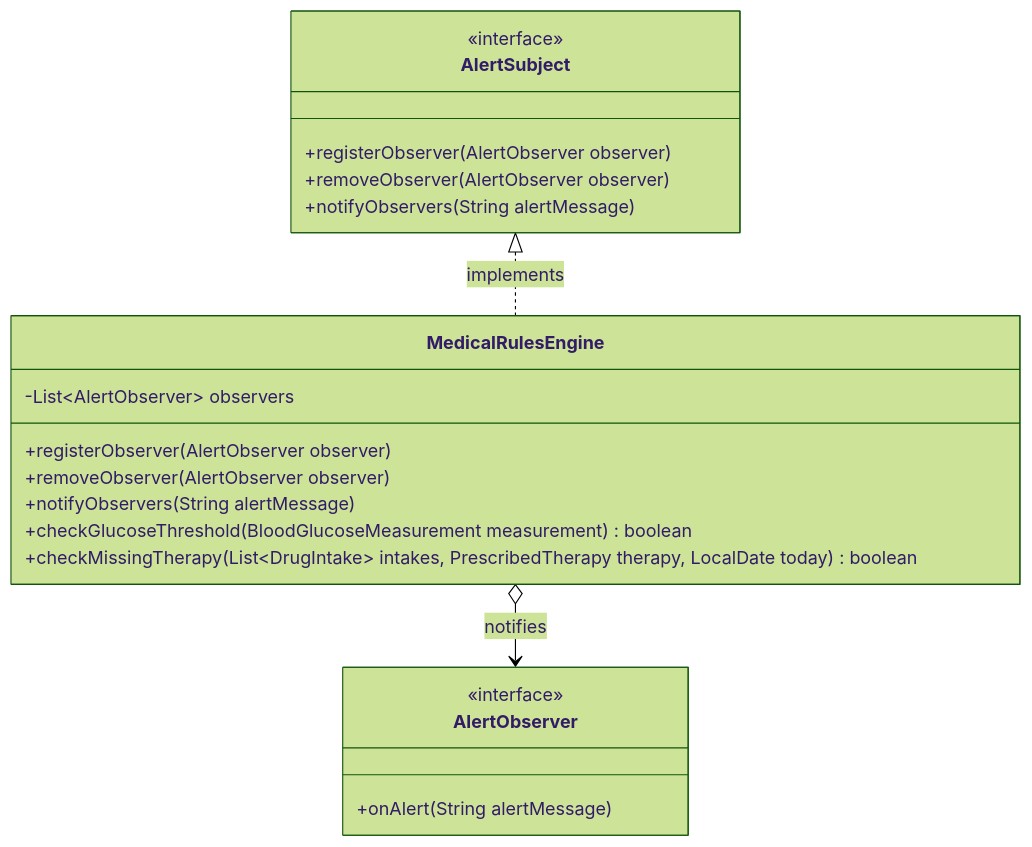
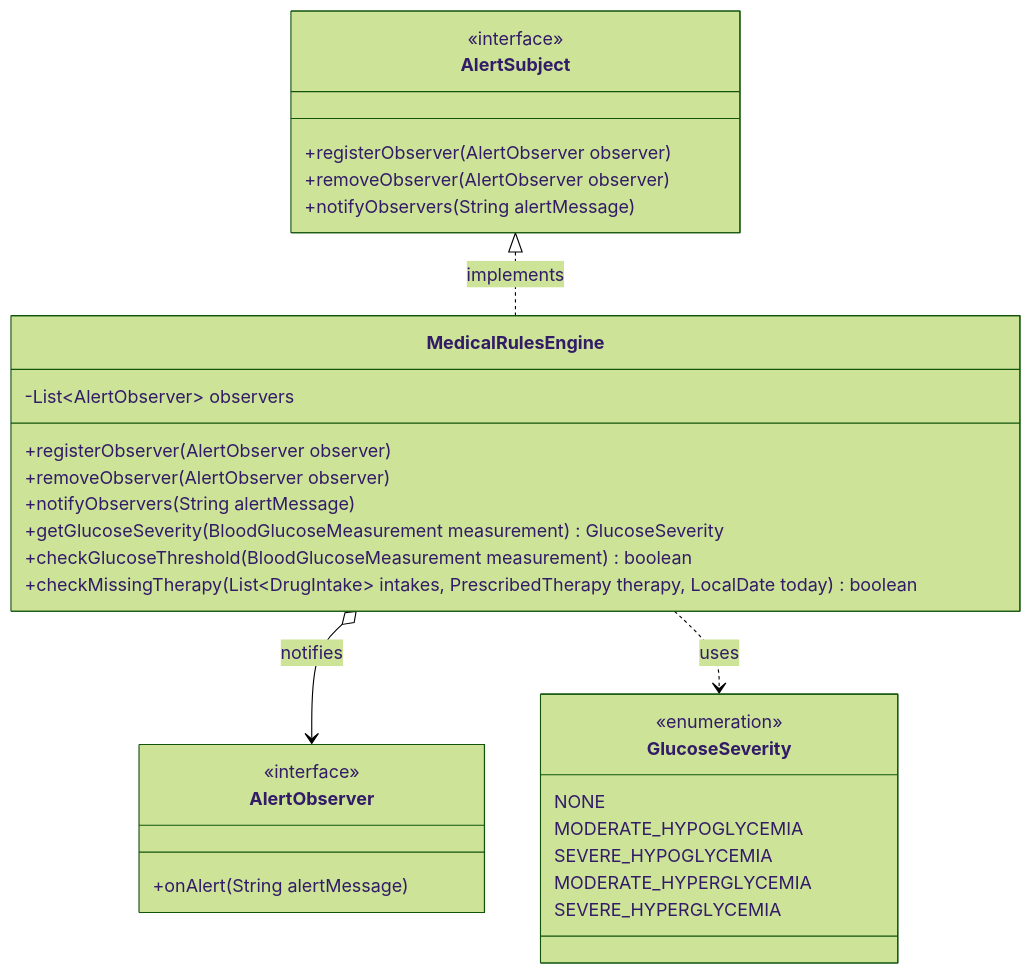
The eighth of 13 diagrams in documentation.md (SamueleOrazioDurante/telemedicina-ingegneria), drawn with Mermaid (forest theme) before and after one commit. The commit also changed other lines of this file and 4 other files, not shown here.

Commit message:
feat: implement granular blood glucose severity classification

````diff
--- a/documentation.md
+++ b/documentation.md
@@ -440,26 +440,37 @@
 ```mermaid
 classDiagram
     class AlertObserver {
         <<interface>>
         +onAlert(String alertMessage)
     }
 
     class AlertSubject {
         <<interface>>
         +registerObserver(AlertObserver observer)
         +removeObserver(AlertObserver observer)
         +notifyObservers(String alertMessage)
     }
 
+    class GlucoseSeverity {
+        <<enumeration>>
+        NONE
+        MODERATE_HYPOGLYCEMIA
+        SEVERE_HYPOGLYCEMIA
+        MODERATE_HYPERGLYCEMIA
+        SEVERE_HYPERGLYCEMIA
+    }
+
     class MedicalRulesEngine {
         -List~AlertObserver~ observers
         +registerObserver(AlertObserver observer)
         +removeObserver(AlertObserver observer)
         +notifyObservers(String alertMessage)
+        +getGlucoseSeverity(BloodGlucoseMeasurement measurement) GlucoseSeverity
         +checkGlucoseThreshold(BloodGlucoseMeasurement measurement) boolean
         +checkMissingTherapy(List~DrugIntake~ intakes, PrescribedTherapy therapy, LocalDate today) boolean
     }
 
     AlertSubject <|.. MedicalRulesEngine : implements
     MedicalRulesEngine o--> AlertObserver : notifies
+    MedicalRulesEngine ..> GlucoseSeverity : uses
 ```
````
